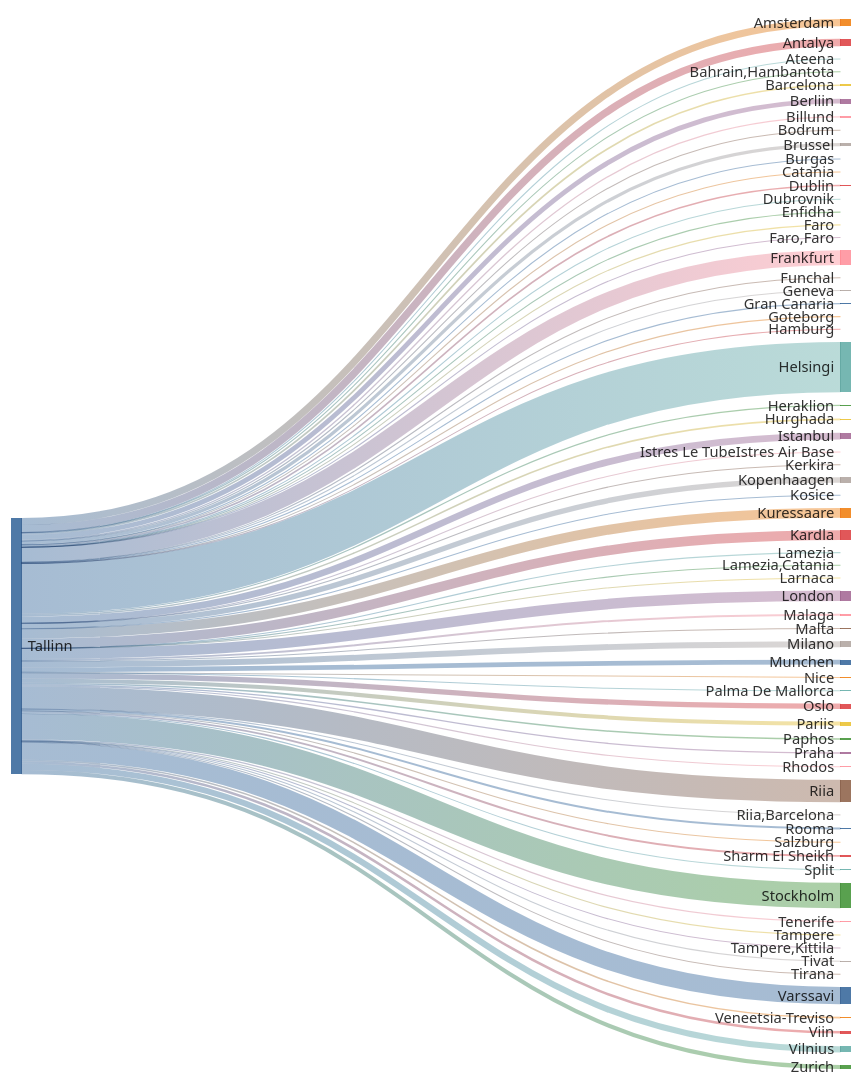
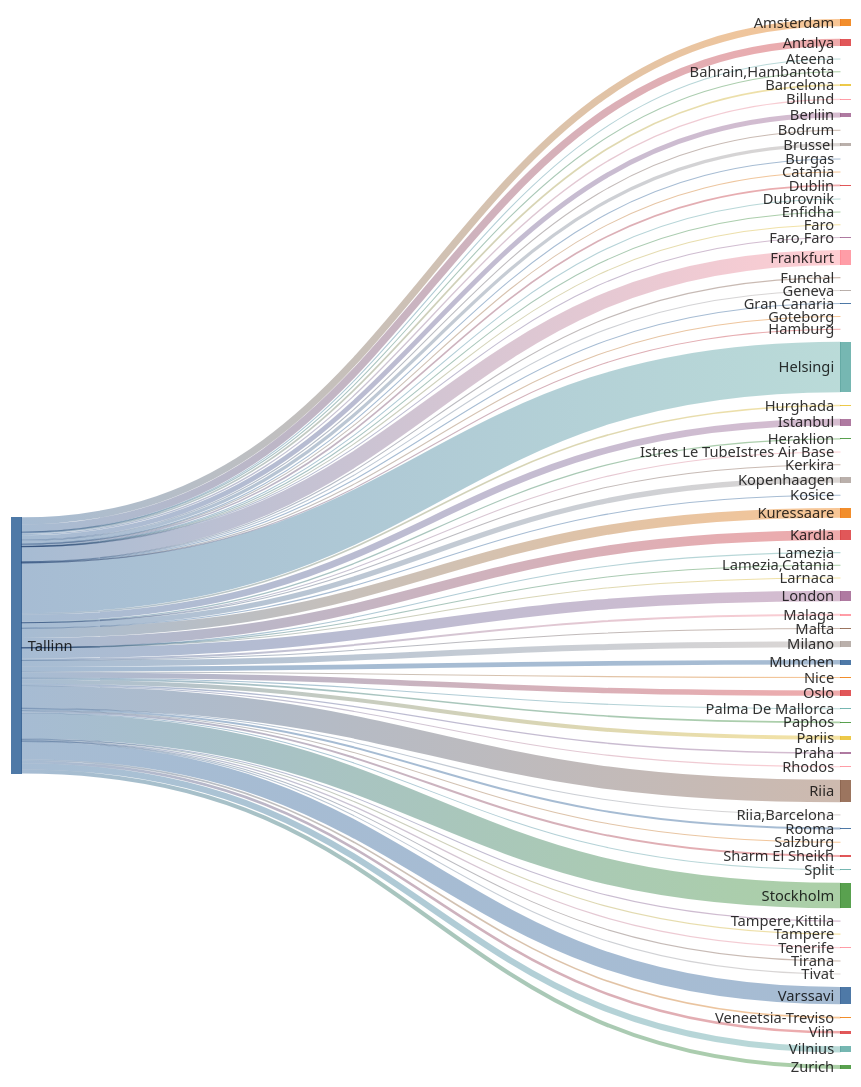
Before and after one commit to rainermesi/tll-airport-departures: the second of 2 diagrams in README.md, drawn with Mermaid. The commit also changed other lines of this file, not shown here.

````diff
--- a/README.md
+++ b/README.md
@@ -34,77 +34,77 @@
 ```mermaid
 ---
 config:
   sankey:
     showValues: false
     width: 800
     height: 1000
 ---
 sankey-beta
 %% source,target,value
-Tallinn,Amsterdam,258
+Tallinn,Amsterdam,259
 Tallinn,Antalya,271
 Tallinn,Ateena,16
 Tallinn,"Bahrain,Hambantota",1
 Tallinn,Barcelona,63
 Tallinn,Berliin,178
 Tallinn,Billund,49
 Tallinn,Bodrum,11
-Tallinn,Brussel,117
+Tallinn,Brussel,118
 Tallinn,Burgas,21
 Tallinn,Catania,2
 Tallinn,Dublin,60
 Tallinn,Dubrovnik,21
 Tallinn,Enfidha,7
 Tallinn,Faro,4
 Tallinn,"Faro,Faro",1
-Tallinn,Frankfurt,544
+Tallinn,Frankfurt,546
 Tallinn,Funchal,5
 Tallinn,Geneva,9
-Tallinn,Gran Canaria,30
+Tallinn,Gran Canaria,31
 Tallinn,Goteborg,1
 Tallinn,Hamburg,1
-Tallinn,Helsingi,1841
+Tallinn,Helsingi,1850
 Tallinn,Heraklion,46
 Tallinn,Hurghada,56
-Tallinn,Istanbul,244
+Tallinn,Istanbul,245
 Tallinn,Istres Le TubeIstres Air Base,2
 Tallinn,Kerkira,4
-Tallinn,Kopenhaagen,195
+Tallinn,Kopenhaagen,196
 Tallinn,Kosice,1
-Tallinn,Kuressaare,357
-Tallinn,Kardla,357
+Tallinn,Kuressaare,359
+Tallinn,Kardla,359
 Tallinn,Lamezia,1
 Tallinn,"Lamezia,Catania",3
 Tallinn,Larnaca,4
-Tallinn,London,384
+Tallinn,London,386
 Tallinn,Malaga,72
 Tallinn,Malta,15
-Tallinn,Milano,219
-Tallinn,Munchen,172
+Tallinn,Milano,220
+Tallinn,Munchen,173
 Tallinn,Nice,25
 Tallinn,Oslo,197
 Tallinn,Palma De Mallorca,19
 Tallinn,Paphos,58
 Tallinn,Pariis,148
 Tallinn,Praha,49
 Tallinn,Rhodos,32
-Tallinn,Riia,824
+Tallinn,Riia,828
 Tallinn,"Riia,Barcelona",1
-Tallinn,Rooma,72
+Tallinn,Rooma,73
 Tallinn,Salzburg,10
-Tallinn,Sharm El Sheikh,70
+Tallinn,Sharm El Sheikh,71
 Tallinn,Split,25
-Tallinn,Stockholm,937
+Tallinn,Stockholm,939
 Tallinn,Tampere,17
 Tallinn,"Tampere,Kittila",14
-Tallinn,Tenerife,46
+Tallinn,Tenerife,47
 Tallinn,Tirana,8
 Tallinn,Tivat,26
-Tallinn,Varssavi,633
+Tallinn,Varssavi,636
 Tallinn,Veneetsia-Treviso,59
 Tallinn,Viin,94
-Tallinn,Vilnius,226
+Tallinn,Vilnius,227
 Tallinn,Zurich,150
 
 
 ```
````
